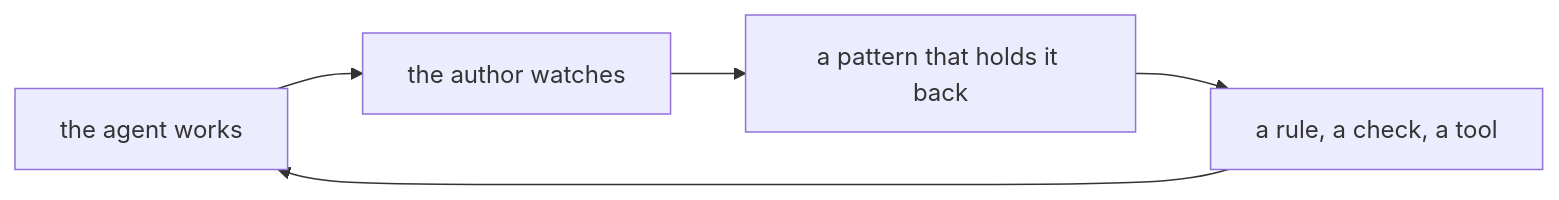
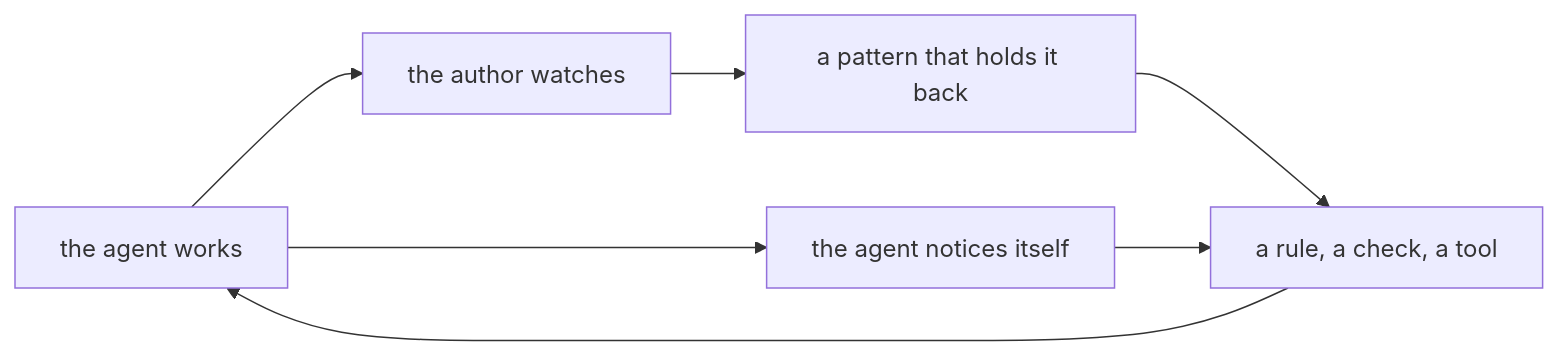
Before and after one commit to Ophiase/Microorganism-Computer-Vision: the diagram in ideas/metaphilosophy.md, drawn with Mermaid. The commit also changed other lines of this file and 2 other files, not shown here.

First line of the commit message:
docs: the agent improves itself, and agent.just is where it lands

````diff
--- a/ideas/metaphilosophy.md
+++ b/ideas/metaphilosophy.md
@@ -26,7 +32,9 @@
 ```mermaid
 graph LR
     work[the agent works] --> watch[the author watches]
     watch --> pattern[a pattern that holds it back]
     pattern --> tool[a rule, a check, a tool]
     tool --> work
+    work --> notice[the agent notices itself]
+    notice --> tool
 ```
````
